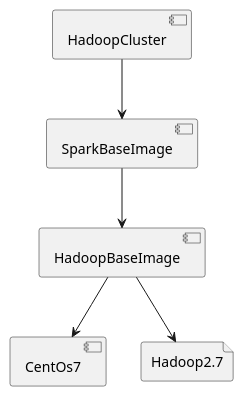
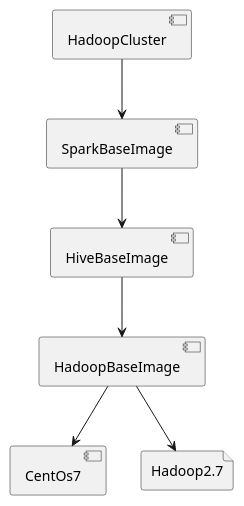
Before and after one commit to Aleks-Ya/yaal_examples: the diagram in Building+/Docker+/DockerImage+/Application+/Hadoop+/Hadoop2+/dependecies.puml, drawn with PlantUML. The commit also changed 5 other files, not shown here.

Commit message:
Hadoop: add HiveBaseImage

```diff
--- a/Building+/Docker+/DockerImage+/Application+/Hadoop+/Hadoop2+/dependecies.puml
+++ b/Building+/Docker+/DockerImage+/Application+/Hadoop+/Hadoop2+/dependecies.puml
@@ -1,15 +1,17 @@
 @startuml
 'https://plantuml.com/component-diagram
 
 component CentOs7
 file Hadoop2.7
 component HadoopBaseImage
+component HiveBaseImage
 component SparkBaseImage
 component HadoopCluster
 
 HadoopBaseImage --> CentOs7
 HadoopBaseImage --> Hadoop2.7
-SparkBaseImage --> HadoopBaseImage
+HiveBaseImage --> HadoopBaseImage
+SparkBaseImage --> HiveBaseImage
 HadoopCluster --> SparkBaseImage
 
 @enduml
```
